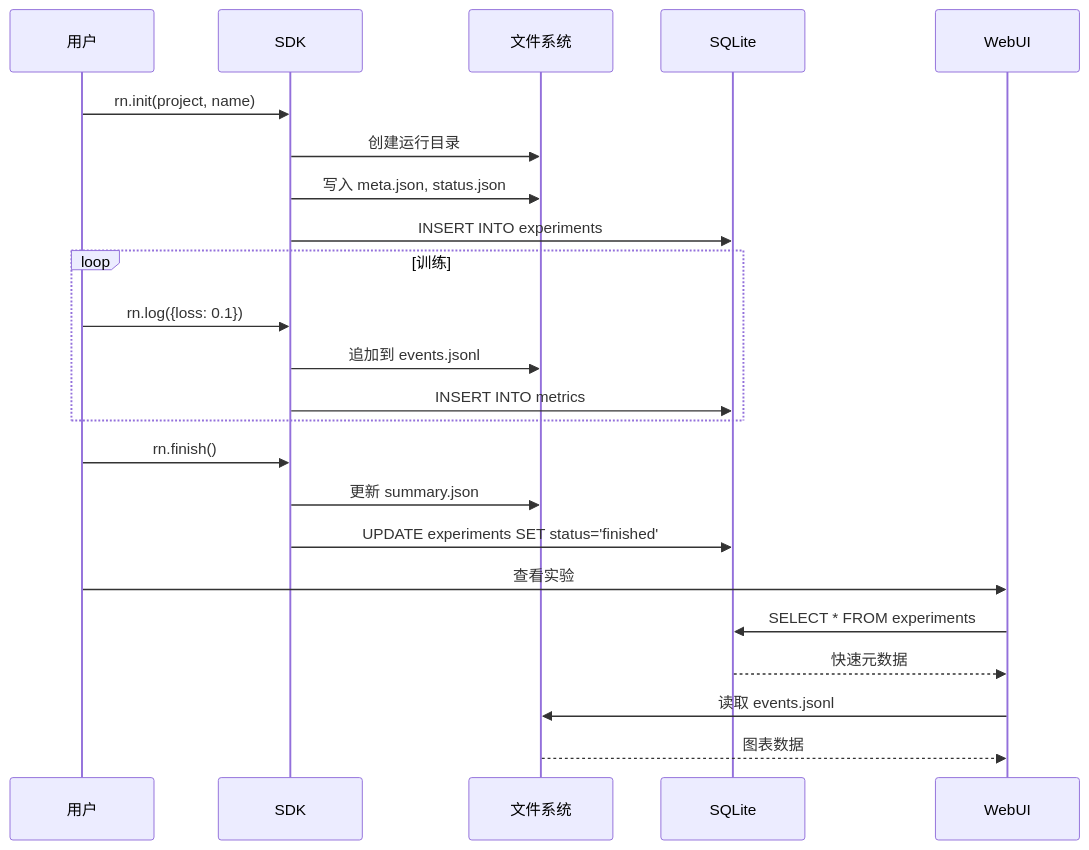
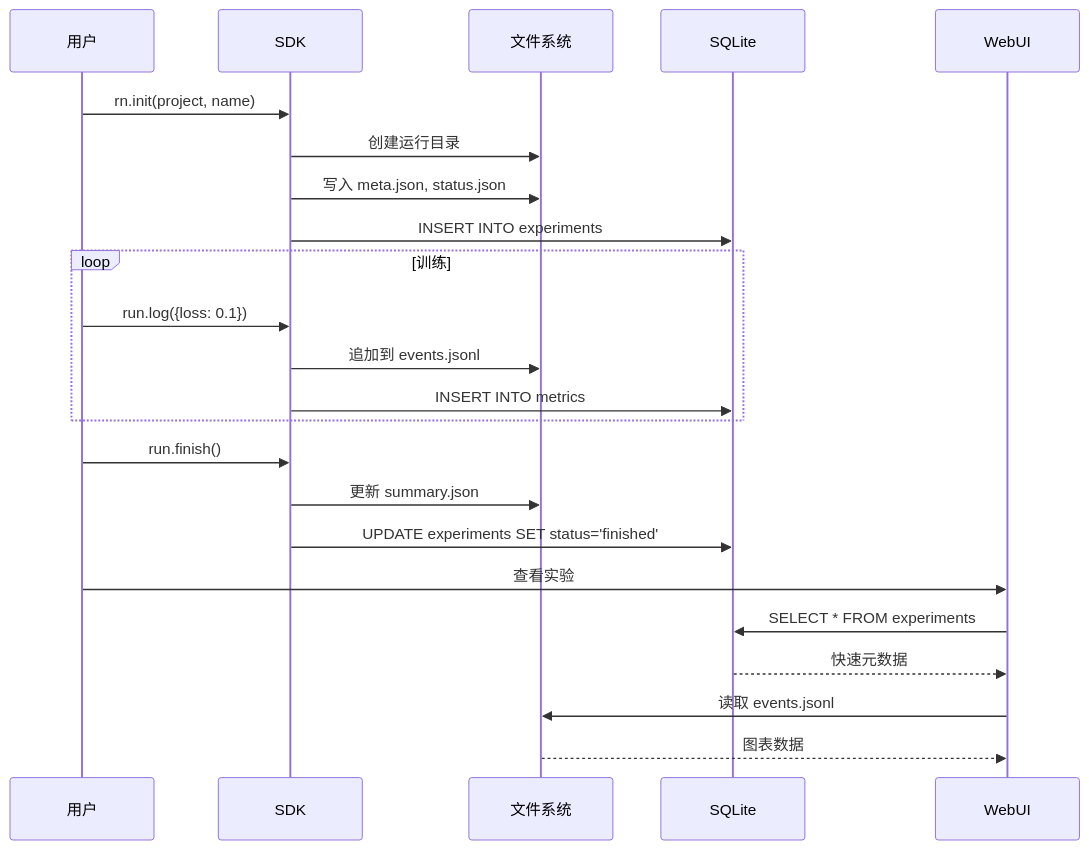
The diagram in docs/architecture/zh/DATA_FLOW.md (Skydoge-zjm/Runicorn), drawn with Mermaid before and after one commit. The commit also changed other lines of this file and 35 other files, not shown here.

````diff
--- a/docs/architecture/zh/DATA_FLOW.md
+++ b/docs/architecture/zh/DATA_FLOW.md
@@ -14,29 +14,29 @@
 ```mermaid
 sequenceDiagram
     participant 用户
     participant SDK
     participant 文件系统
     participant SQLite
     participant WebUI
 
     用户->>SDK: rn.init(project, name)
     SDK->>文件系统: 创建运行目录
     SDK->>文件系统: 写入 meta.json, status.json
     SDK->>SQLite: INSERT INTO experiments
     
     loop 训练
-        用户->>SDK: rn.log({loss: 0.1})
+        用户->>SDK: run.log({loss: 0.1})
         SDK->>文件系统: 追加到 events.jsonl
         SDK->>SQLite: INSERT INTO metrics
     end
     
-    用户->>SDK: rn.finish()
+    用户->>SDK: run.finish()
     SDK->>文件系统: 更新 summary.json
     SDK->>SQLite: UPDATE experiments SET status='finished'
     
     用户->>WebUI: 查看实验
     WebUI->>SQLite: SELECT * FROM experiments
     SQLite-->>WebUI: 快速元数据
     WebUI->>文件系统: 读取 events.jsonl
     文件系统-->>WebUI: 图表数据
 ```
````
